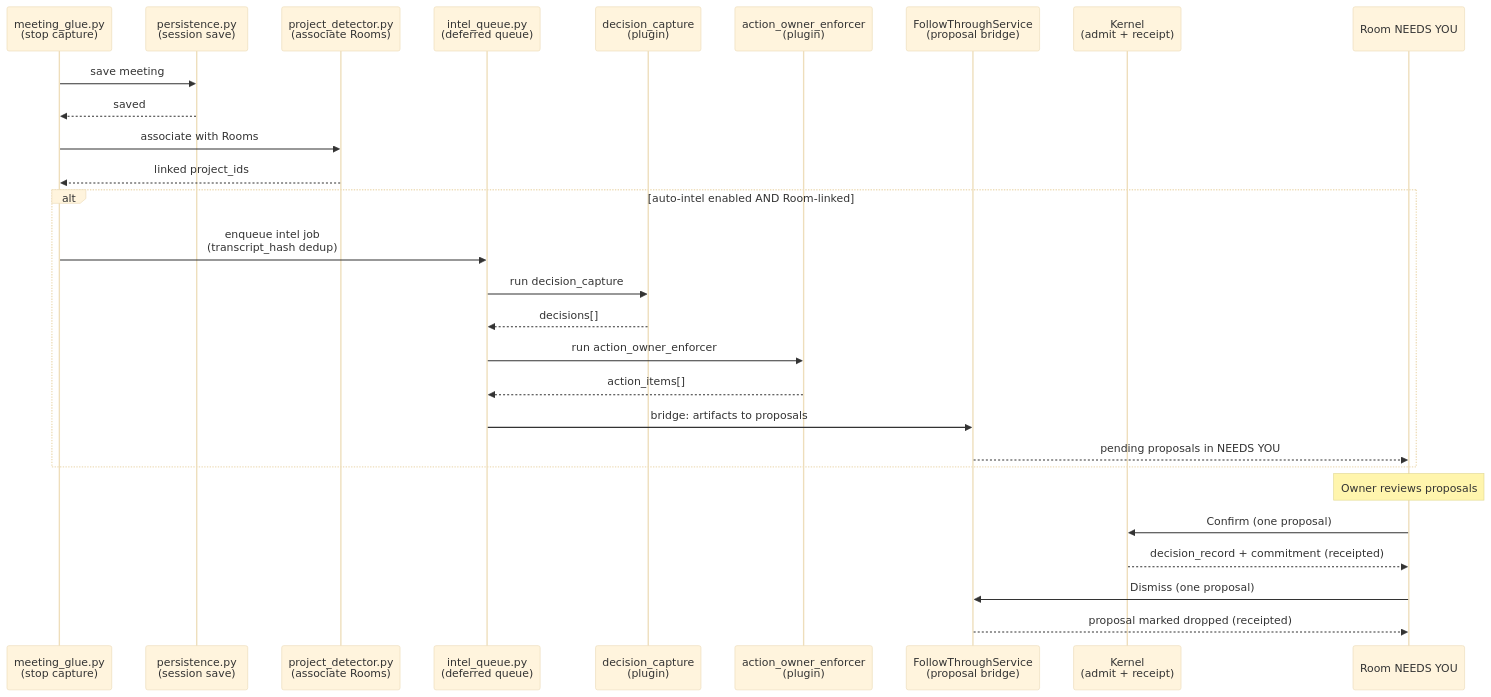
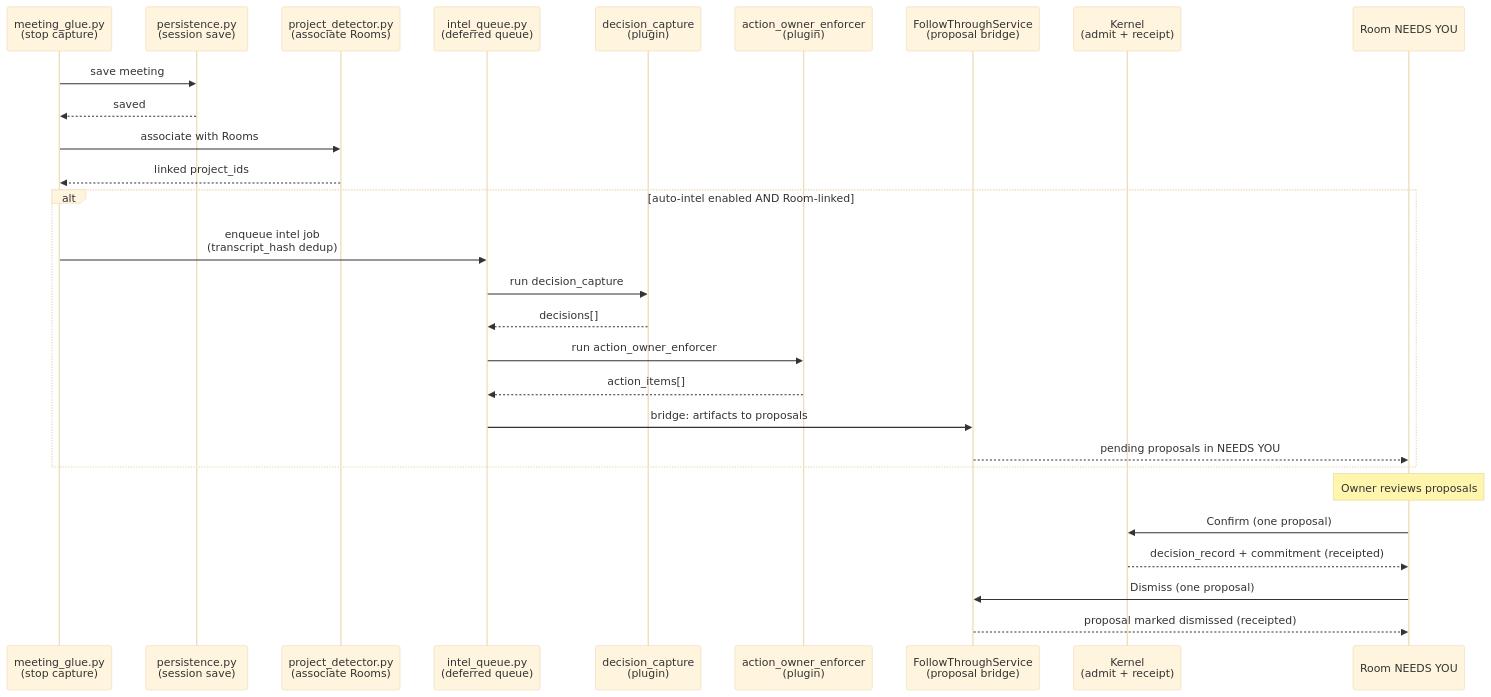
Before and after one commit to karolswdev/HoldSpeak: the seventh of 12 diagrams in docs/ARCHITECTURE.md, drawn with Mermaid (base theme). The commit also changed other lines of this file and 9 other files, not shown here.

````diff
--- a/docs/ARCHITECTURE.md
+++ b/docs/ARCHITECTURE.md
@@ -381,31 +379,31 @@
 ```mermaid
 sequenceDiagram
   participant MG as meeting_glue.py<br/>(stop capture)
   participant PS as persistence.py<br/>(session save)
   participant PD as project_detector.py<br/>(associate Rooms)
   participant IQ as intel_queue.py<br/>(deferred queue)
   participant DC as decision_capture<br/>(plugin)
   participant AO as action_owner_enforcer<br/>(plugin)
   participant FT as FollowThroughService<br/>(proposal bridge)
   participant KO as Kernel<br/>(admit + receipt)
   participant UI as Room NEEDS YOU
 
   MG->>PS: save meeting
   PS-->>MG: saved
   MG->>PD: associate with Rooms
   PD-->>MG: linked project_ids
   alt auto-intel enabled AND Room-linked
     MG->>IQ: enqueue intel job<br/>(transcript_hash dedup)
     IQ->>DC: run decision_capture
     DC-->>IQ: decisions[]
     IQ->>AO: run action_owner_enforcer
     AO-->>IQ: action_items[]
     IQ->>FT: bridge: artifacts to proposals
     FT-->>UI: pending proposals in NEEDS YOU
   end
   Note over UI: Owner reviews proposals
   UI->>KO: Confirm (one proposal)
   KO-->>UI: decision_record + commitment (receipted)
   UI->>FT: Dismiss (one proposal)
-  FT-->>UI: proposal marked dropped (receipted)
+  FT-->>UI: proposal marked dismissed (receipted)
 ```
````
